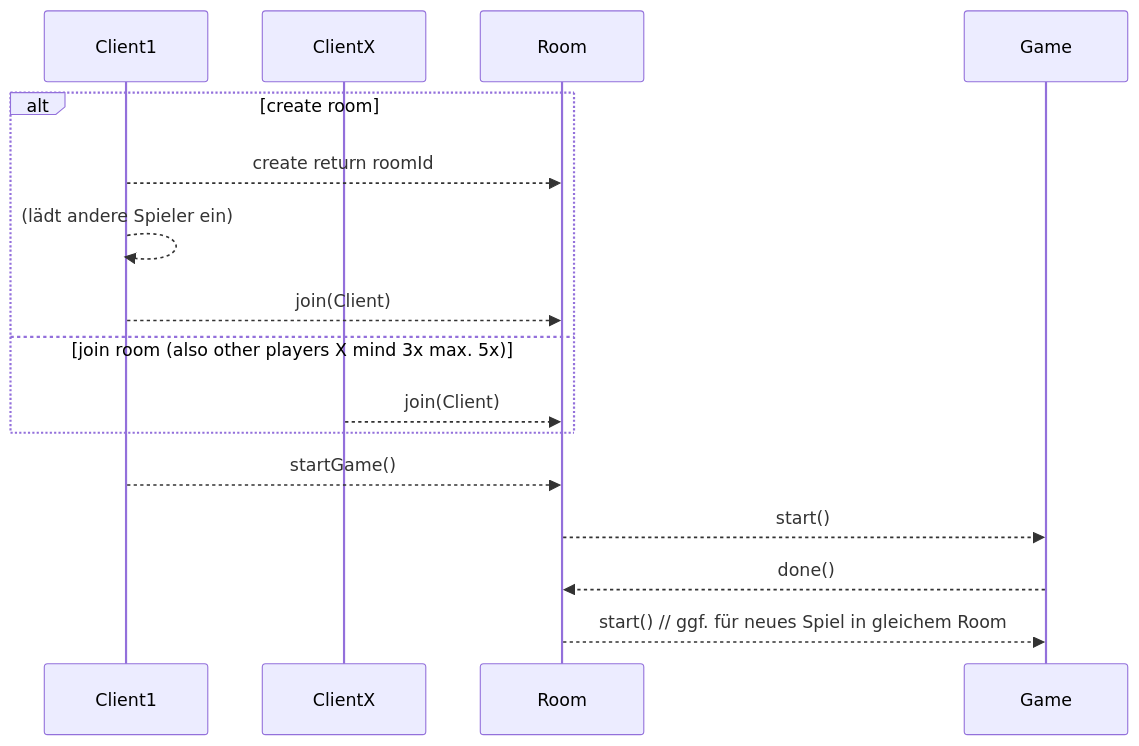
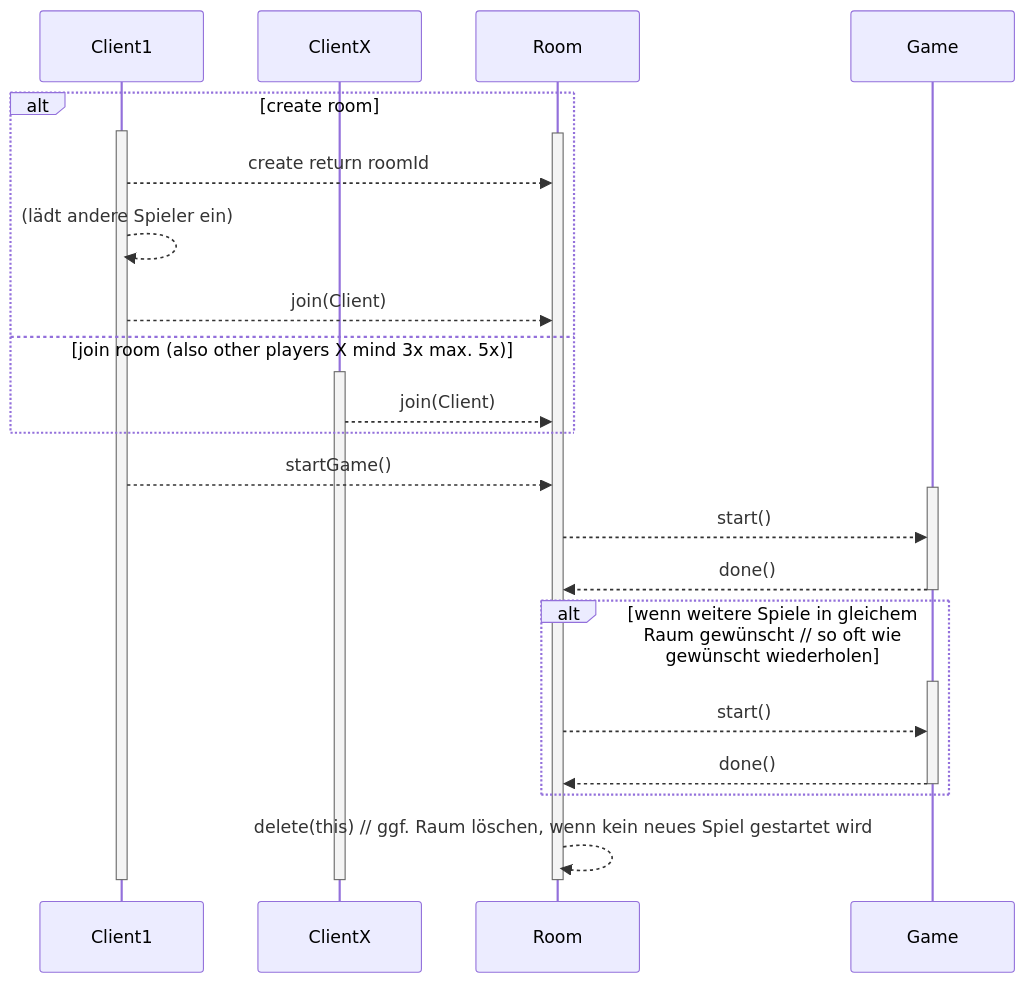
One commit to Matthiasbit/caesars-gambit changed the diagram in SoftwareEngineeringStuff/Sequenzdiagramme/Roomablauf-2025-10-14-112654.mmd. Above: the diagram before and after it, drawn with Mermaid. The commit also changed 7 other files, not shown here.

Commit message:
add Aktivitätsbalken to Sequenzdiagram

```diff
--- a/SoftwareEngineeringStuff/Sequenzdiagramme/Roomablauf-2025-10-14-112654.mmd
+++ b/SoftwareEngineeringStuff/Sequenzdiagramme/Roomablauf-2025-10-14-112654.mmd
@@ -1,18 +1,36 @@
 sequenceDiagram
   participant Client1
   participant ClientX
   participant Room
   participant Game
+
 alt create room
+activate Client1
+
+activate Room
 Client1 -->> Room: create return roomId
 Client1 -->> Client1: (lädt andere Spieler ein)
 Client1 -->> Room: join(Client)
 else join room (also other players X mind 3x max. 5x)
+activate ClientX
 ClientX -->> Room: join(Client)
 end
 
 Client1 -->> Room: startGame()
+activate Game
 Room -->> Game: start()
+Game -->> Room: done()
+deactivate Game
 
+alt wenn weitere Spiele in gleichem Raum gewünscht // so oft wie gewünscht wiederholen
+activate Game
+Room -->> Game: start()
 Game -->> Room: done()
-Room -->> Game: start() // ggf. für neues Spiel in gleichem Room
+deactivate Game
+end
+
+Room -->> Room: delete(this) // ggf. Raum löschen, wenn kein neues Spiel gestartet wird
+
+deactivate Room
+deactivate Client1
+deactivate ClientX
```
